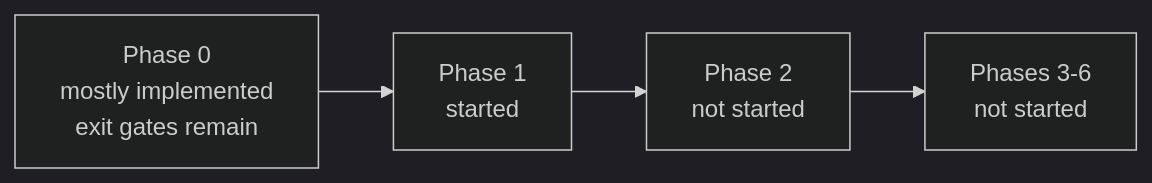
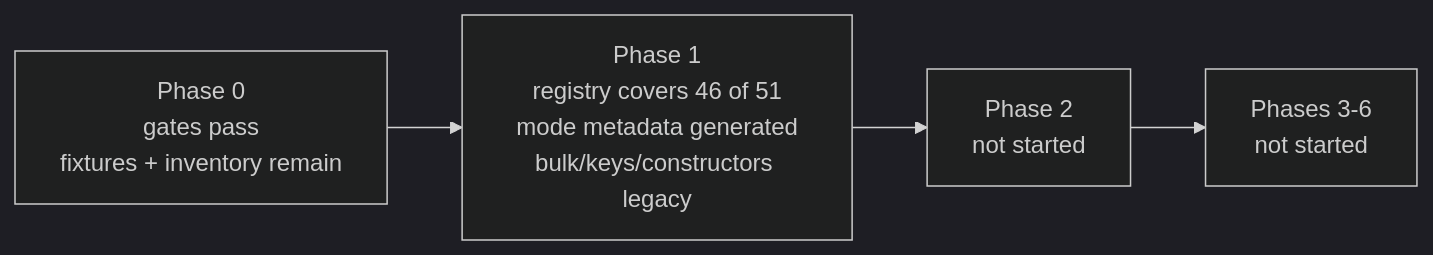
One commit to BE-Network/terraform-provider-verity changed the diagram in status.md. Above: the diagram before and after it, drawn with Mermaid (dark theme). The commit also changed other lines of this file, not shown here.

Commit message:
docs: record schema-driven refactor status

````diff
--- a/status.md
+++ b/status.md
@@ -18,6 +51,6 @@
 ```mermaid
 flowchart LR
-    P0[Phase 0<br/>mostly implemented<br/>exit gates remain] --> P1[Phase 1<br/>started]
+    P0[Phase 0<br/>gates pass<br/>fixtures + inventory remain] --> P1[Phase 1<br/>registry covers 46 of 51<br/>mode metadata generated<br/>bulk/keys/constructors legacy]
     P1 --> P2[Phase 2<br/>not started]
     P2 --> P3[Phases 3-6<br/>not started]
 ```
````
